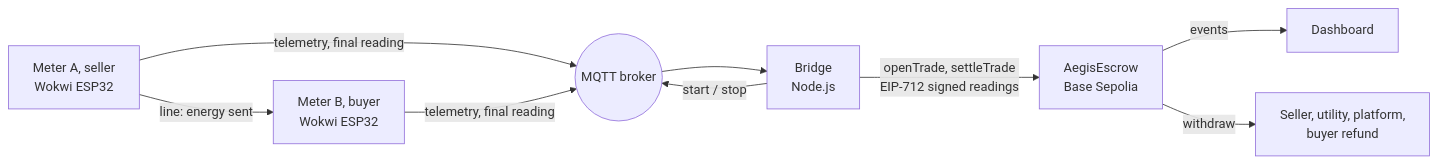
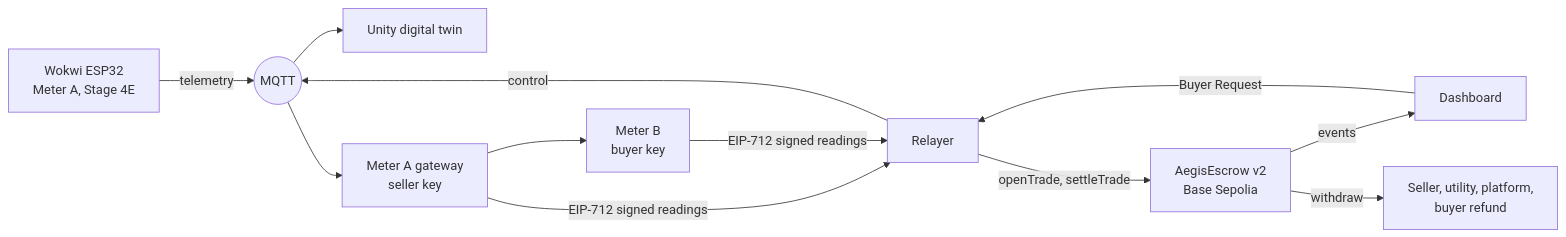
Before and after one commit to la-prmtsr/aegis-grid-africa: the diagram in README.md, drawn with Mermaid. The commit also changed other lines of this file and 31 other files, not shown here.

Commit message:
Backend v2: Wokwi Stage 4E + Unity, dual-meter verification, contract v2 (5% reserve) on Base Sepolia

````diff
--- a/README.md
+++ b/README.md
@@ -46,11 +49,13 @@
 ```mermaid
 flowchart LR
-  A[Meter A, seller<br/>Wokwi ESP32] -- telemetry, final reading --> M((MQTT broker))
-  B[Meter B, buyer<br/>Wokwi ESP32] -- telemetry, final reading --> M
-  A -- line: energy sent --> B
-  M --> BR[Bridge<br/>Node.js]
-  BR -- start / stop --> M
-  BR -- openTrade, settleTrade<br/>EIP-712 signed readings --> C[AegisEscrow<br/>Base Sepolia]
-  C -- events --> D[Dashboard]
+  W[Wokwi ESP32<br/>Meter A, Stage 4E] -- telemetry --> M((MQTT))
+  M --> U[Unity digital twin]
+  M --> GA[Meter A gateway<br/>seller key]
+  GA --> GB[Meter B<br/>buyer key]
+  GA & GB -- EIP-712 signed readings --> R[Relayer]
+  D[Dashboard] -- Buyer Request --> R
+  R -- control --> M
+  R -- openTrade, settleTrade --> C[AegisEscrow v2<br/>Base Sepolia]
+  C -- events --> D
   C -- withdraw --> P[Seller, utility, platform,<br/>buyer refund]
 ```
````
